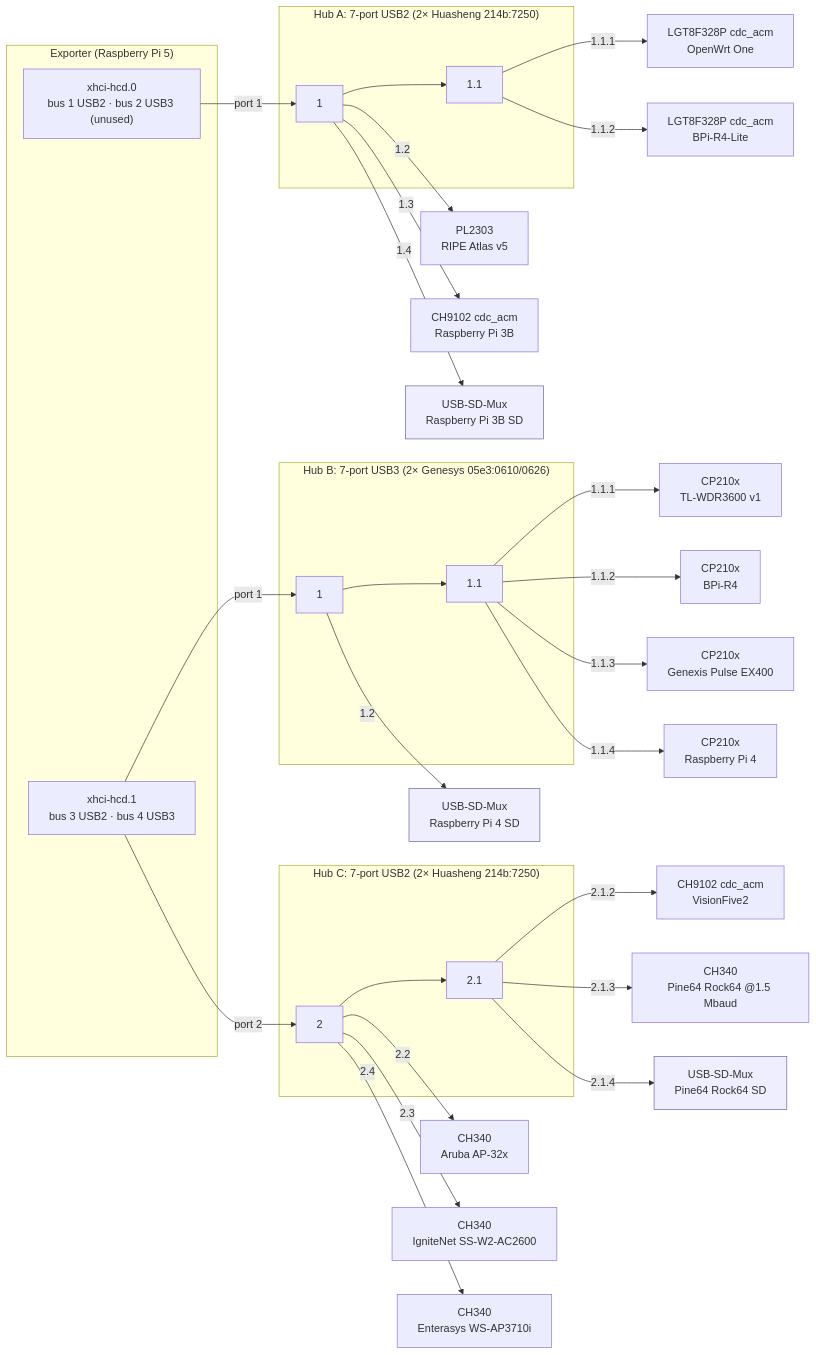
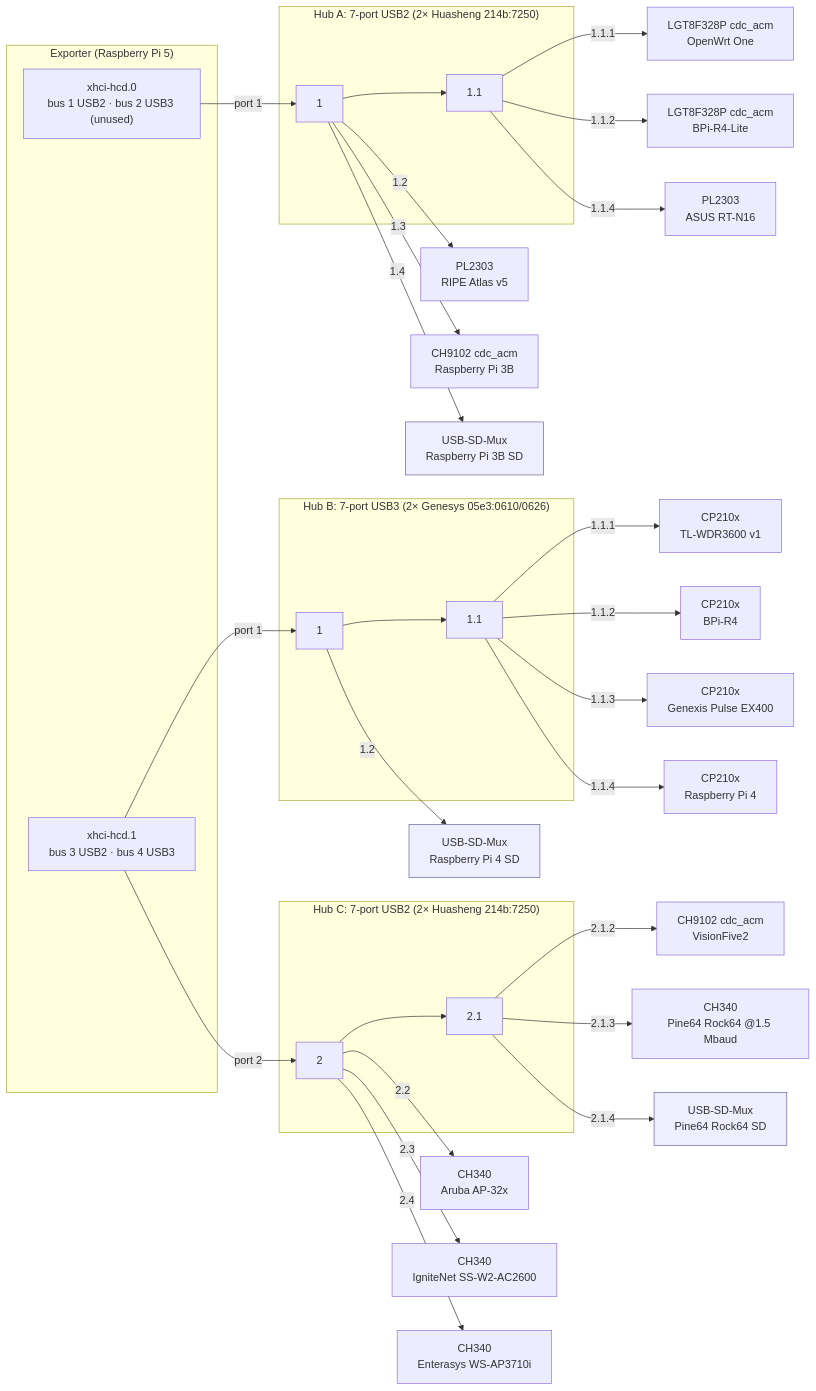
Before and after one commit to aparcar/openwrt-tests: the second of 2 diagrams in docs/labs/aparcar.md, drawn with Mermaid. The commit also changed other lines of this file and 2 other files, not shown here.

First line of the commit message:
labgrid-aparcar: add asus_rt-n16

````diff
--- a/docs/labs/aparcar.md
+++ b/docs/labs/aparcar.md
@@ -104,43 +105,44 @@
 ```mermaid
 flowchart LR
   subgraph EXP["Exporter (Raspberry Pi 5)"]
     X0["xhci-hcd.0<br/>bus 1 USB2 · bus 2 USB3 (unused)"]
     X1["xhci-hcd.1<br/>bus 3 USB2 · bus 4 USB3"]
   end
 
   subgraph HUBA["Hub A: 7-port USB2 (2× Huasheng 214b:7250)"]
     A0["1"] --> A1["1.1"]
   end
   subgraph HUBB["Hub B: 7-port USB3 (2× Genesys 05e3:0610/0626)"]
     B0["1"] --> B1["1.1"]
   end
   subgraph HUBC["Hub C: 7-port USB2 (2× Huasheng 214b:7250)"]
     C0["2"] --> C1["2.1"]
   end
 
   X0 -->|port 1| A0
   X1 -->|port 1| B0
   X1 -->|port 2| C0
 
   A1 -->|1.1.1| a1["LGT8F328P cdc_acm<br/>OpenWrt One"]
   A1 -->|1.1.2| a2["LGT8F328P cdc_acm<br/>BPi-R4-Lite"]
+  A1 -->|1.1.4| a6["PL2303<br/>ASUS RT-N16"]
   A0 -->|1.2| a3["PL2303<br/>RIPE Atlas v5"]
   A0 -->|1.3| a4["CH9102 cdc_acm<br/>Raspberry Pi 3B"]
   A0 -->|1.4| a5["USB-SD-Mux<br/>Raspberry Pi 3B SD"]
 
   B1 -->|1.1.1| b1["CP210x<br/>TL-WDR3600 v1"]
   B1 -->|1.1.2| b2["CP210x<br/>BPi-R4"]
   B1 -->|1.1.3| b3["CP210x<br/>Genexis Pulse EX400"]
   B1 -->|1.1.4| b4["CP210x<br/>Raspberry Pi 4"]
   B0 -->|1.2| b5["USB-SD-Mux<br/>Raspberry Pi 4 SD"]
 
   C1 -->|2.1.2| c1["CH9102 cdc_acm<br/>VisionFive2"]
   C1 -->|2.1.3| c2["CH340<br/>Pine64 Rock64 @1.5 Mbaud"]
   C1 -->|2.1.4| c3["USB-SD-Mux<br/>Pine64 Rock64 SD"]
   C0 -->|2.2| c4["CH340<br/>Aruba AP-32x"]
   C0 -->|2.3| c5["CH340<br/>IgniteNet SS-W2-AC2600"]
   C0 -->|2.4| c6["CH340<br/>Enterasys WS-AP3710i"]
 
   classDef mux fill:#eef,stroke:#669
   class a5,b5,c3 mux
 ```
````
